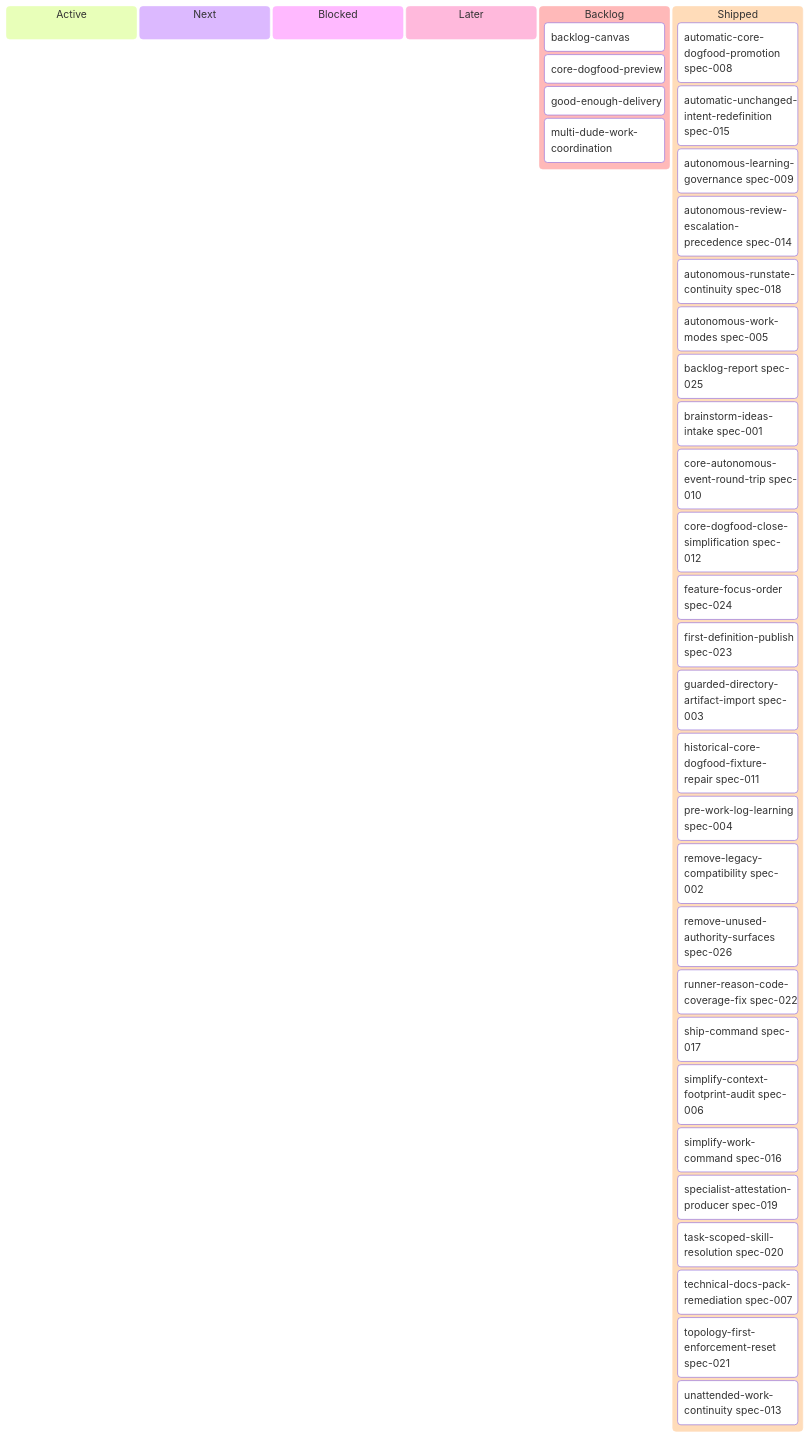
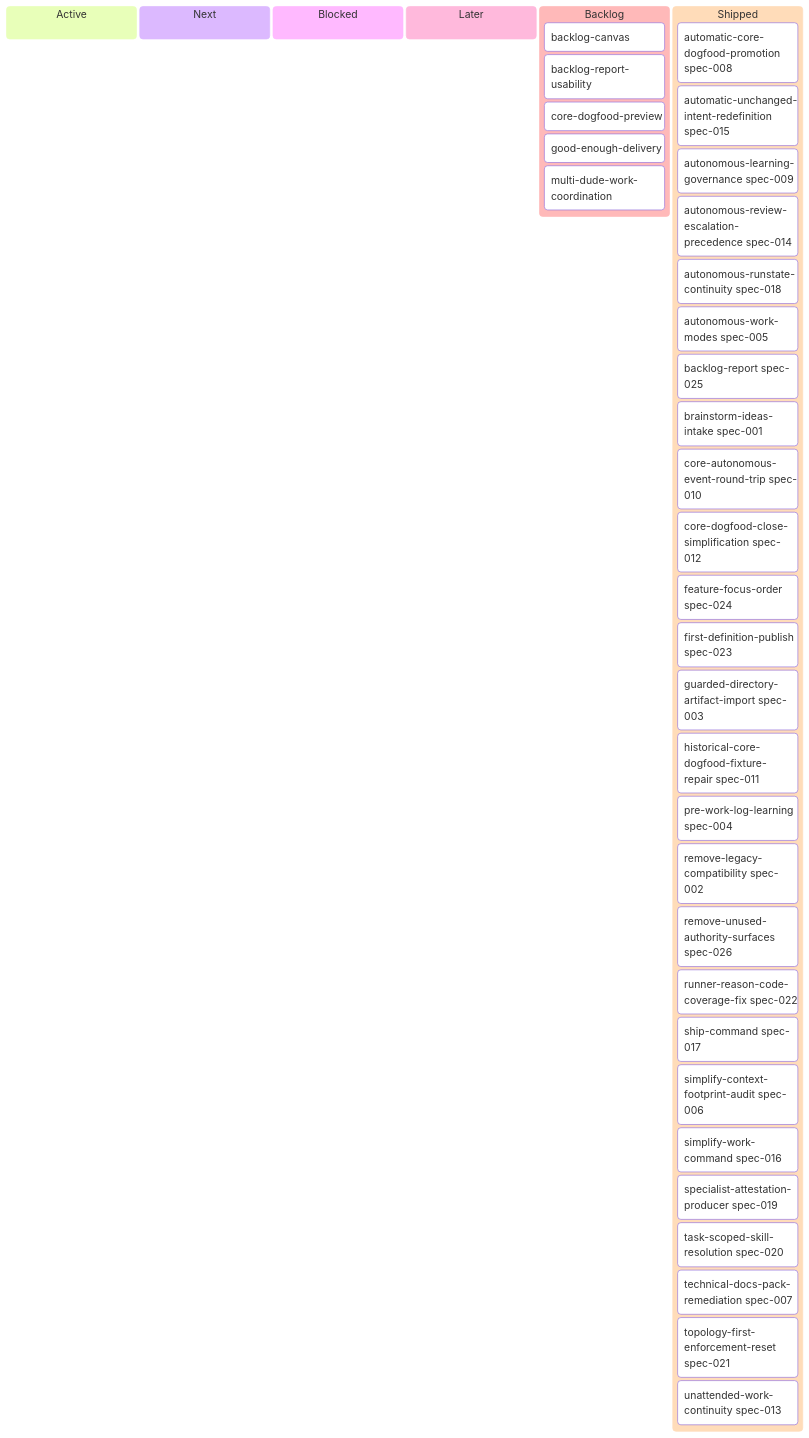
Before and after one commit to E-G-C/dude: the diagram in .dude/backlog.md, drawn with Mermaid. The commit also changed other lines of this file and 2 other files, not shown here.

````diff
--- a/.dude/backlog.md
+++ b/.dude/backlog.md
@@ -59,39 +60,40 @@
 ```mermaid
 kanban
   active[Active]
   next[Next]
   blocked[Blocked]
   later[Later]
   backlog[Backlog]
     backlog-canvas[backlog-canvas]
+    backlog-report-usability[backlog-report-usability]
     core-dogfood-preview[core-dogfood-preview]
     good-enough-delivery[good-enough-delivery]
     multi-dude-work-coordination[multi-dude-work-coordination]
   shipped[Shipped]
     automatic-core-dogfood-promotion[automatic-core-dogfood-promotion spec-008]
     automatic-unchanged-intent-redefinition[automatic-unchanged-intent-redefinition spec-015]
     autonomous-learning-governance[autonomous-learning-governance spec-009]
     autonomous-review-escalation-precedence[autonomous-review-escalation-precedence spec-014]
     autonomous-runstate-continuity[autonomous-runstate-continuity spec-018]
     autonomous-work-modes[autonomous-work-modes spec-005]
     backlog-report[backlog-report spec-025]
     brainstorm-ideas-intake[brainstorm-ideas-intake spec-001]
     core-autonomous-event-round-trip[core-autonomous-event-round-trip spec-010]
     core-dogfood-close-simplification[core-dogfood-close-simplification spec-012]
     feature-focus-order[feature-focus-order spec-024]
     first-definition-publish[first-definition-publish spec-023]
     guarded-directory-artifact-import[guarded-directory-artifact-import spec-003]
     historical-core-dogfood-fixture-repair[historical-core-dogfood-fixture-repair spec-011]
     pre-work-log-learning[pre-work-log-learning spec-004]
     remove-legacy-compatibility[remove-legacy-compatibility spec-002]
     remove-unused-authority-surfaces[remove-unused-authority-surfaces spec-026]
     runner-reason-code-coverage-fix[runner-reason-code-coverage-fix spec-022]
     ship-command[ship-command spec-017]
     simplify-context-footprint-audit[simplify-context-footprint-audit spec-006]
     simplify-work-command[simplify-work-command spec-016]
     specialist-attestation-producer[specialist-attestation-producer spec-019]
     task-scoped-skill-resolution[task-scoped-skill-resolution spec-020]
     technical-docs-pack-remediation[technical-docs-pack-remediation spec-007]
     topology-first-enforcement-reset[topology-first-enforcement-reset spec-021]
     unattended-work-continuity[unattended-work-continuity spec-013]
 ```
````
